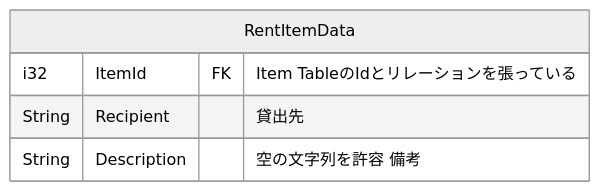
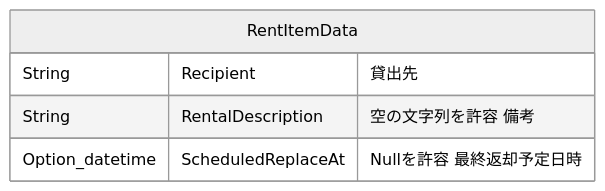
One commit to sohosai/dashi changed diagram 12 of 17 in documents/endpoint.md. Above: the diagram before and after it, drawn with Mermaid (neutral theme). The commit also changed other lines of this file and 1 other file, not shown here.

````diff
--- a/documents/endpoint.md
+++ b/documents/endpoint.md
@@ -481,8 +661,8 @@
 ```mermaid
 erDiagram
     RentItemData {
-        i32 ItemId FK "Item TableのIdとリレーションを張っている"
         String Recipient "貸出先"
-        String Description "空の文字列を許容 備考"
+        String RentalDescription "空の文字列を許容 備考"
+        Option_datetime ScheduledReplaceAt "Nullを許容 最終返却予定日時"
     }
 ```
````
